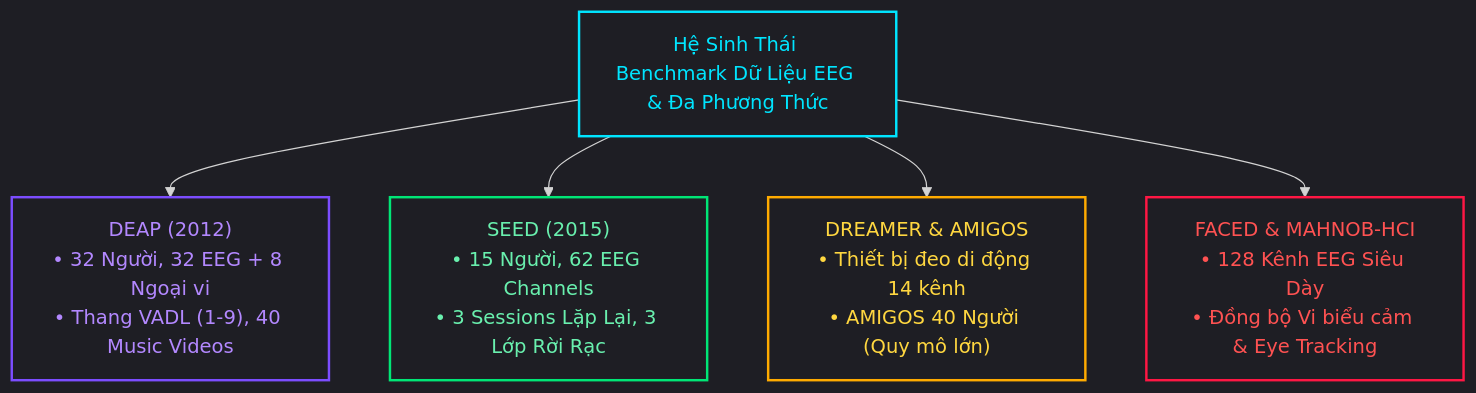
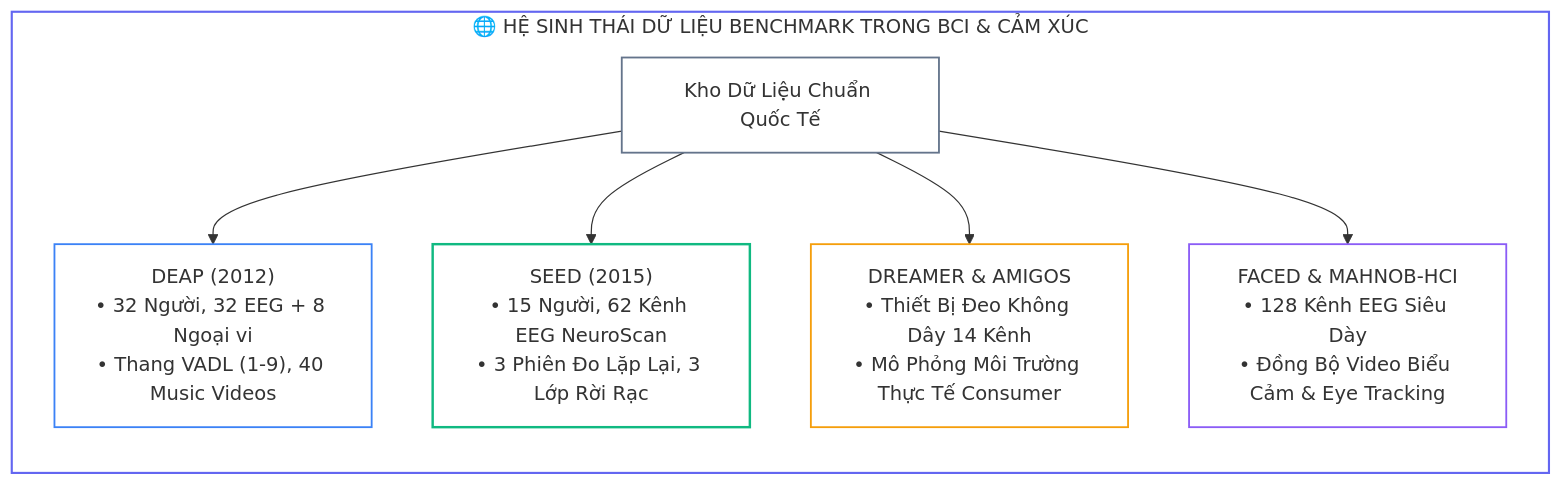
The first of 4 diagrams in _posts/2026-09-16-eeg-08-08-cac-bo-du-lieu-pho-bien.md (kiennt308/ntk), drawn with Mermaid before and after one commit. The commit also changed other lines of this file and 7 other files, not shown here.

````diff
--- a/_posts/2026-09-16-eeg-08-08-cac-bo-du-lieu-pho-bien.md
+++ b/_posts/2026-09-16-eeg-08-08-cac-bo-du-lieu-pho-bien.md
@@ -31,16 +53,23 @@
 ```mermaid
-%%{init: {'theme': 'dark', 'themeVariables': {'background': 'transparent', 'mainBkg': 'transparent'}}}%%
 flowchart TD
-    classDef main fill:none,stroke:#00e5ff,stroke-width:2px,color:#00e5ff;
-    classDef deap fill:none,stroke:#7c4dff,stroke-width:2px,color:#b388ff;
-    classDef seed fill:none,stroke:#00e676,stroke-width:2px,color:#69f0ae;
-    classDef mob fill:none,stroke:#ffab00,stroke-width:2px,color:#ffd740;
-    classDef dense fill:none,stroke:#ff1744,stroke-width:2px,color:#ff5252;
+    subgraph DATA_ECOSYSTEM["🌐 HỆ SINH THÁI DỮ LIỆU BENCHMARK TRONG BCI & CẢM XÚC"]
+        direction TB
+        ROOT["Kho Dữ Liệu Chuẩn Quốc Tế"]
+        DEAP["DEAP (2012)<br/>• 32 Người, 32 EEG + 8 Ngoại vi<br/>• Thang VADL (1-9), 40 Music Videos"]
+        SEED["SEED (2015)<br/>• 15 Người, 62 Kênh EEG NeuroScan<br/>• 3 Phiên Đo Lặp Lại, 3 Lớp Rời Rạc"]
+        WEARABLE["DREAMER & AMIGOS<br/>• Thiết Bị Đeo Không Dây 14 Kênh<br/>• Mô Phỏng Môi Trường Thực Tế Consumer"]
+        HIGH_DENSE["FACED & MAHNOB-HCI<br/>• 128 Kênh EEG Siêu Dày<br/>• Đồng Bộ Video Biểu Cảm & Eye Tracking"]
+    end
 
-    Root["Hệ Sinh Thái Benchmark Dữ Liệu EEG & Đa Phương Thức"]:::main
+    ROOT --> DEAP
+    ROOT --> SEED
+    ROOT --> WEARABLE
+    ROOT --> HIGH_DENSE
 
-    Root --> DEAP_Node["DEAP (2012)<br/>• 32 Người, 32 EEG + 8 Ngoại vi<br/>• Thang VADL (1-9), 40 Music Videos"]:::deap
-    Root --> SEED_Node["SEED (2015)<br/>• 15 Người, 62 EEG Channels<br/>• 3 Sessions Lặp Lại, 3 Lớp Rời Rạc"]:::seed
-    Root --> DREAM_Node["DREAMER & AMIGOS<br/>• Thiết bị đeo di động 14 kênh<br/>• AMIGOS 40 Người (Quy mô lớn)"]:::mob
-    Root --> DENSE_Node["FACED & MAHNOB-HCI<br/>• 128 Kênh EEG Siêu Dày<br/>• Đồng bộ Vi biểu cảm & Eye Tracking"]:::dense
+    style DATA_ECOSYSTEM fill:none,stroke:#6366f1,stroke-width:1.75px
+    style ROOT fill:none,stroke:#64748b,stroke-width:1.5px
+    style DEAP fill:none,stroke:#3b82f6,stroke-width:1.5px
+    style SEED fill:none,stroke:#10b981,stroke-width:2px
+    style WEARABLE fill:none,stroke:#f59e0b,stroke-width:1.5px
+    style HIGH_DENSE fill:none,stroke:#8b5cf6,stroke-width:1.5px
 ```
````
